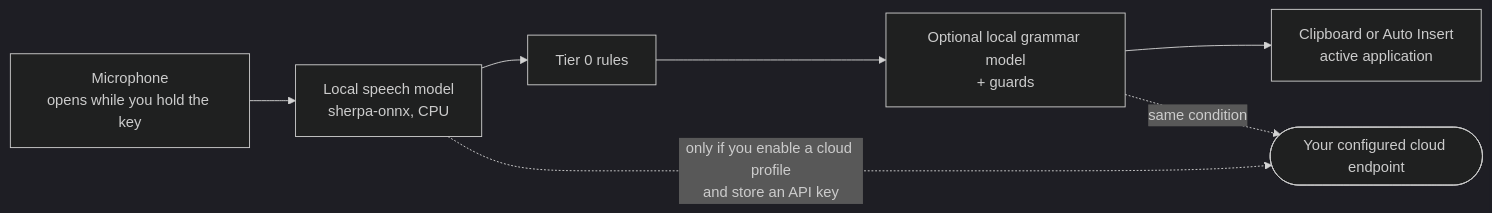
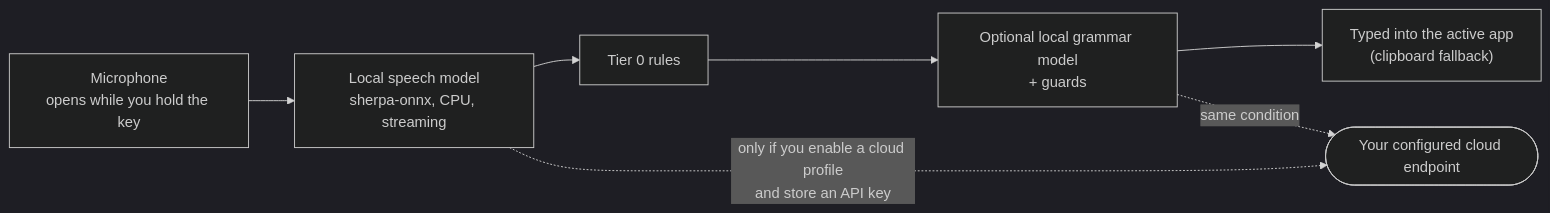
The diagram in README.md (Shanmukh-l33t/keyreed), drawn with Mermaid (dark theme) before and after one commit. The commit also changed other lines of this file and 7 other files, not shown here.

````diff
--- a/README.md
+++ b/README.md
@@ -107,9 +111,9 @@
 ```mermaid
 flowchart LR
-    M["Microphone<br/>opens while you hold the key"] --> A["Local speech model<br/>sherpa-onnx, CPU"]
+    M["Microphone<br/>opens while you hold the key"] --> A["Local speech model<br/>sherpa-onnx, CPU, streaming"]
     A --> T["Tier 0 rules"]
     T --> G["Optional local grammar model<br/>+ guards"]
-    G --> O["Clipboard or Auto Insert<br/>active application"]
+    G --> O["Typed into the active app<br/>(clipboard fallback)"]
     A -. "only if you enable a cloud profile<br/>and store an API key" .-> C(["Your configured cloud endpoint"])
     G -. "same condition" .-> C
 ```
````
